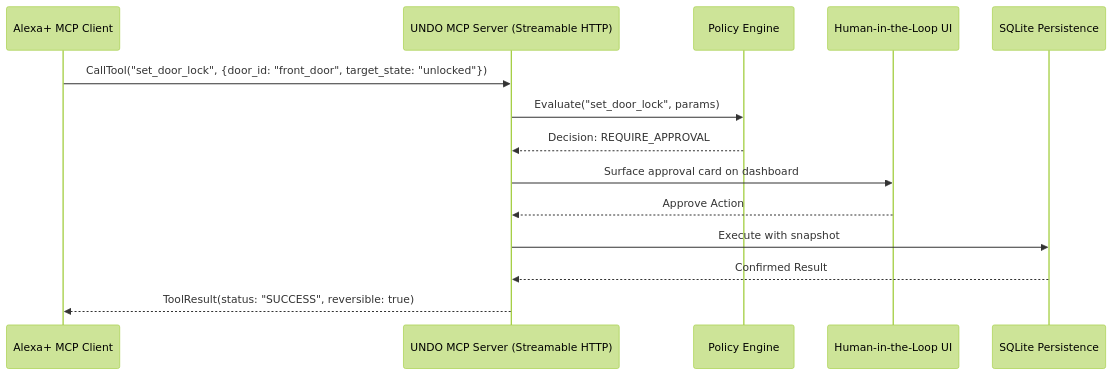
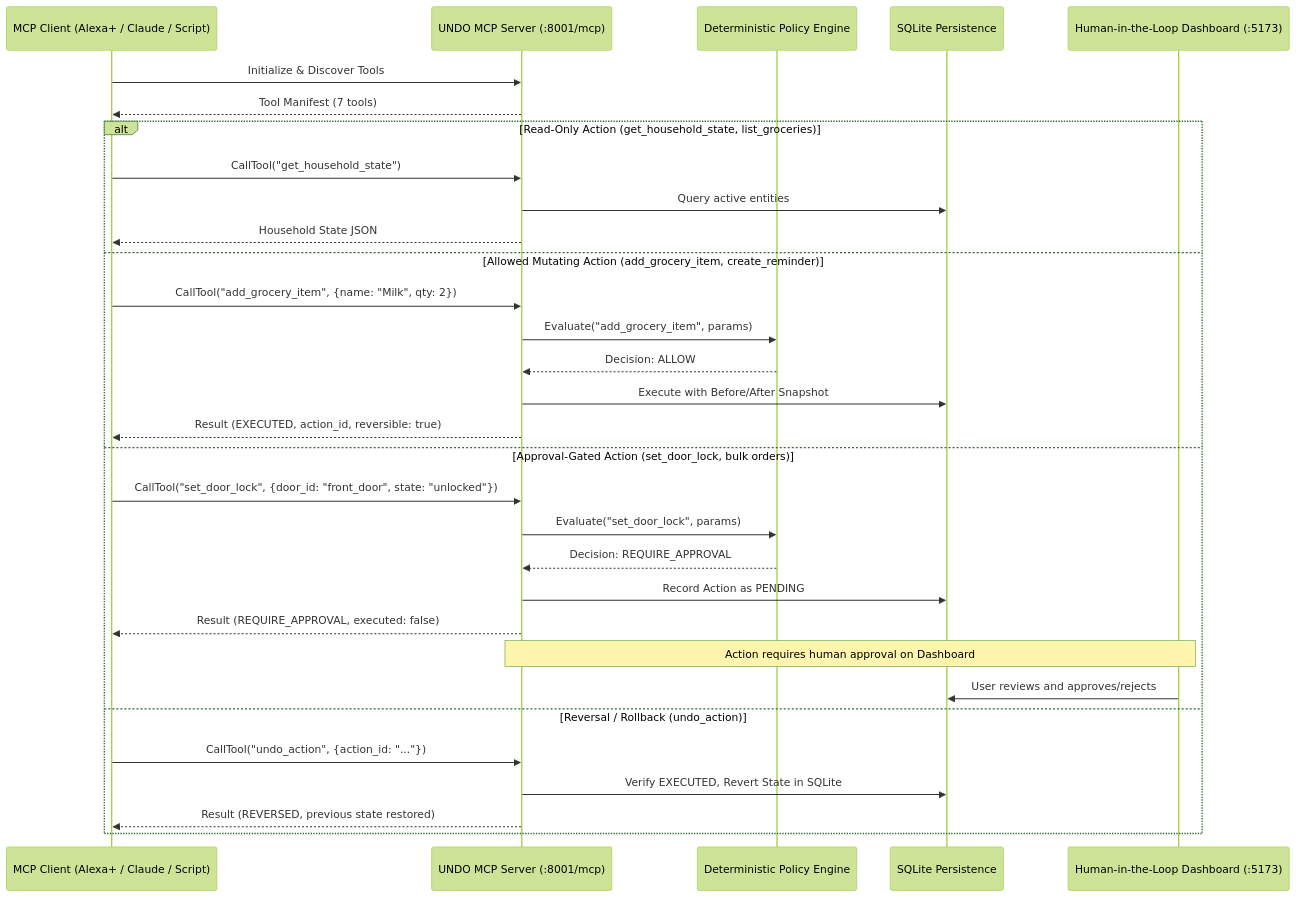
The diagram in docs/future_integrations.md (sairamareddy2/UNDO), drawn with Mermaid (forest theme) before and after one commit. The commit also changed other lines of this file and 12 other files, not shown here.

Commit message:
feat: complete Day 2 real MCP server and client integration

````diff
--- a/docs/future_integrations.md
+++ b/docs/future_integrations.md
@@ -42,17 +18,35 @@
 ```mermaid
 sequenceDiagram
-    participant AlexaAgent as Alexa+ MCP Client
-    participant MCPServer as UNDO MCP Server (Streamable HTTP)
-    participant Policy as Policy Engine
-    participant Human as Human-in-the-Loop UI
+    participant Client as MCP Client (Alexa+ / Claude / Script)
+    participant MCPServer as UNDO MCP Server (:8001/mcp)
+    participant Policy as Deterministic Policy Engine
     participant DB as SQLite Persistence
+    participant Dashboard as Human-in-the-Loop Dashboard (:5173)
 
-    AlexaAgent->>MCPServer: CallTool("set_door_lock", {door_id: "front_door", target_state: "unlocked"})
-    MCPServer->>Policy: Evaluate("set_door_lock", params)
-    Policy-->>MCPServer: Decision: REQUIRE_APPROVAL
-    MCPServer->>Human: Surface approval card on dashboard
-    Human-->>MCPServer: Approve Action
-    MCPServer->>DB: Execute with snapshot
-    DB-->>MCPServer: Confirmed Result
-    MCPServer-->>AlexaAgent: ToolResult(status: "SUCCESS", reversible: true)
+    Client->>MCPServer: Initialize & Discover Tools
+    MCPServer-->>Client: Tool Manifest (7 tools)
+
+    alt Read-Only Action (get_household_state, list_groceries)
+        Client->>MCPServer: CallTool("get_household_state")
+        MCPServer->>DB: Query active entities
+        MCPServer-->>Client: Household State JSON
+    else Allowed Mutating Action (add_grocery_item, create_reminder)
+        Client->>MCPServer: CallTool("add_grocery_item", {name: "Milk", qty: 2})
+        MCPServer->>Policy: Evaluate("add_grocery_item", params)
+        Policy-->>MCPServer: Decision: ALLOW
+        MCPServer->>DB: Execute with Before/After Snapshot
+        MCPServer-->>Client: Result (EXECUTED, action_id, reversible: true)
+    else Approval-Gated Action (set_door_lock, bulk orders)
+        Client->>MCPServer: CallTool("set_door_lock", {door_id: "front_door", state: "unlocked"})
+        MCPServer->>Policy: Evaluate("set_door_lock", params)
+        Policy-->>MCPServer: Decision: REQUIRE_APPROVAL
+        MCPServer->>DB: Record Action as PENDING
+        MCPServer-->>Client: Result (REQUIRE_APPROVAL, executed: false)
+        Note over MCPServer,Dashboard: Action requires human approval on Dashboard
+        Dashboard->>DB: User reviews and approves/rejects
+    else Reversal / Rollback (undo_action)
+        Client->>MCPServer: CallTool("undo_action", {action_id: "..."})
+        MCPServer->>DB: Verify EXECUTED, Revert State in SQLite
+        MCPServer-->>Client: Result (REVERSED, previous state restored)
+    end
 ```
````
